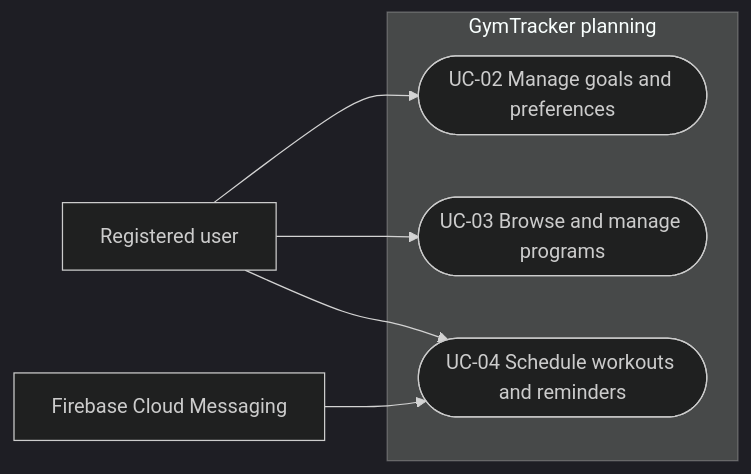
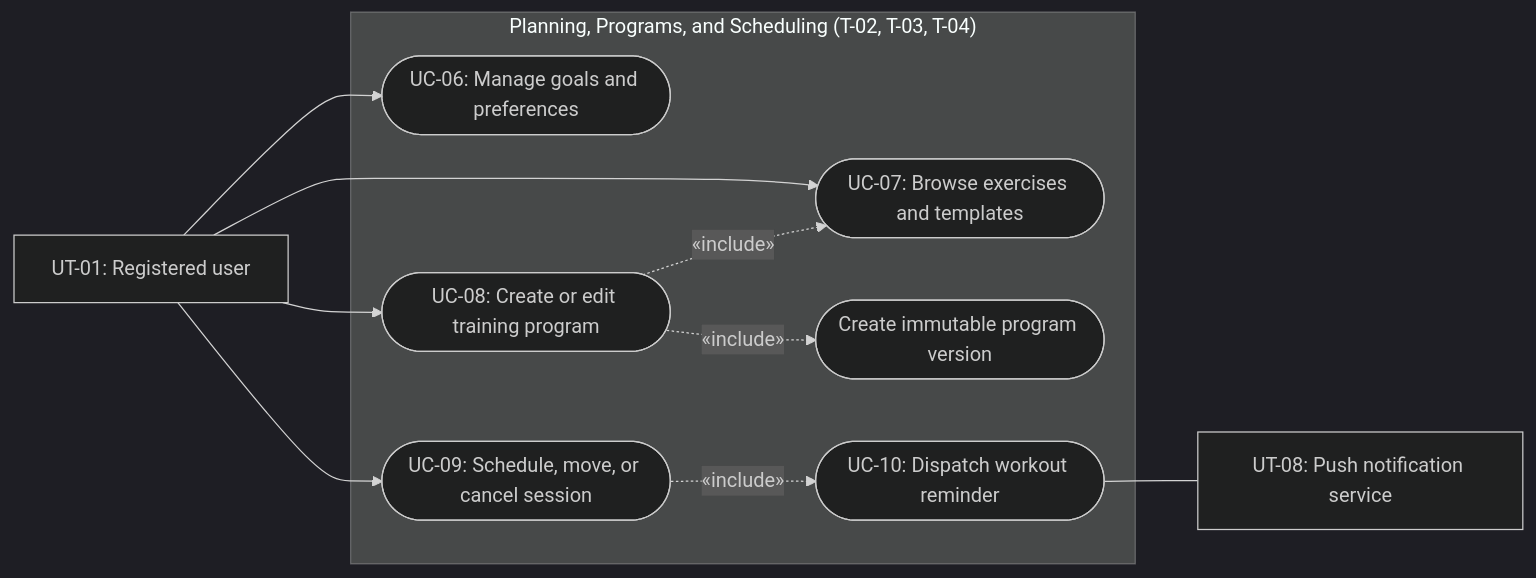
The third of 7 diagrams in docs/Requirements_Specification.md (kececi24/GymTracker), drawn with Mermaid (dark theme) before and after one commit. The commit also changed other lines of this file, not shown here.

````diff
--- a/docs/Requirements_Specification.md
+++ b/docs/Requirements_Specification.md
@@ -277,14 +483,25 @@
 ```mermaid
 flowchart LR
-    User["Registered user"]
-    FCM["Firebase Cloud Messaging"]
-    subgraph Planning["GymTracker planning"]
-        U2(["UC-02 Manage goals and preferences"])
-        U3(["UC-03 Browse and manage programs"])
-        U4(["UC-04 Schedule workouts and reminders"])
+    UT01["UT-01: Registered user"]
+
+    subgraph Boundary2["Planning, Programs, and Scheduling (T-02, T-03, T-04)"]
+        UC06(["UC-06: Manage goals and preferences"])
+        UC07(["UC-07: Browse exercises and templates"])
+        UC08(["UC-08: Create or edit training program"])
+        UC09(["UC-09: Schedule, move, or cancel session"])
+        UC10(["UC-10: Dispatch workout reminder"])
+        Snap(["Create immutable program version"])
     end
-    User --> U2
-    User --> U3
-    User --> U4
-    FCM --> U4
+
+    UT08["UT-08: Push notification service"]
+
+    UT01 --> UC06
+    UT01 --> UC07
+    UT01 --> UC08
+    UT01 --> UC09
+
+    UC08 -.->|"«include»"| UC07
+    UC08 -.->|"«include»"| Snap
+    UC09 -.->|"«include»"| UC10
+    UC10 --- UT08
 ```
````
